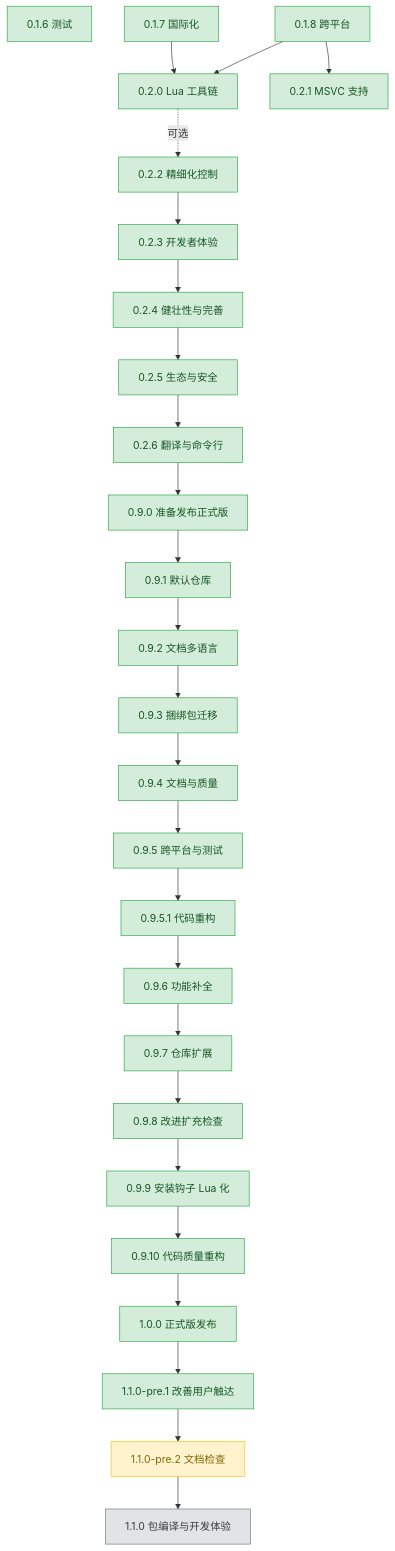
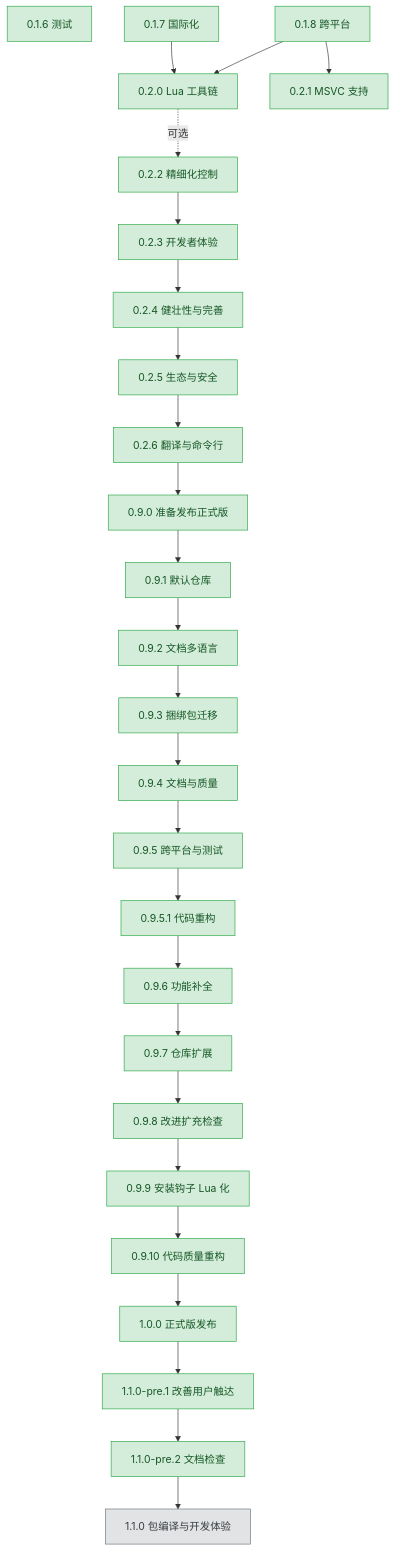
Before and after one commit to 3667808244/EazyMake: the diagram in plans/README.md, drawn with Mermaid. The commit also changed other lines of this file and 26 other files, not shown here.

````diff
--- a/plans/README.md
+++ b/plans/README.md
@@ -88,62 +89,61 @@
 ```mermaid
 graph TD
     v016["0.1.6 测试"]
     v017["0.1.7 国际化"]
     v018["0.1.8 跨平台"]
     v020["0.2.0 Lua 工具链"]
     v021["0.2.1 MSVC 支持"]
     v022["0.2.2 精细化控制"]
     v023["0.2.3 开发者体验"]
     v024["0.2.4 健壮性与完善"]
     v025["0.2.5 生态与安全"]
     v026["0.2.6 翻译与命令行"]
     v090["0.9.0 准备发布正式版"]
     v091["0.9.1 默认仓库"]
     v092["0.9.2 文档多语言"]
     v093["0.9.3 捆绑包迁移"]
     v094["0.9.4 文档与质量"]
     v095["0.9.5 跨平台与测试"]
     v0951["0.9.5.1 代码重构"]
     v096["0.9.6 功能补全"]
     v097["0.9.7 仓库扩展"]
     v098["0.9.8 改进扩充检查"]
     v099["0.9.9 安装钩子 Lua 化"]
     v0910["0.9.10 代码质量重构"]
     v100["1.0.0 正式版发布"]
     v110pre1["1.1.0-pre.1 改善用户触达"]
     v110pre2["1.1.0-pre.2 文档检查"]
     v110["1.1.0 包编译与开发体验"]
 
     v018 --> v021
     v017 --> v020
     v018 --> v020
     v020 -.可选.-> v022
     v022 --> v023
     v023 --> v024
     v024 --> v025
     v025 --> v026
     v026 --> v090
     v090 --> v091
     v091 --> v092
     v092 --> v093
     v093 --> v094
     v094 --> v095
     v095 --> v0951
     v0951 --> v096
     v096 --> v097
     v097 --> v098
     v098 --> v099
     v099 --> v0910
     v0910 --> v100
     v100 --> v110pre1
     v110pre1 --> v110pre2
     v110pre2 --> v110
 
     classDef done fill:#d4edda,stroke:#28a745,color:#155724;
     classDef active fill:#fff3cd,stroke:#ffc107,color:#856404;
     classDef todo fill:#e2e3e5,stroke:#6c757d,color:#383d41;
 
-    class v016,v017,v018,v020,v021,v022,v023,v024,v025,v026,v090,v091,v092,v093,v094,v095,v0951,v096,v097,v098,v099,v0910,v100,v110pre1 done;
-    class v110pre2 active;
+    class v016,v017,v018,v020,v021,v022,v023,v024,v025,v026,v090,v091,v092,v093,v094,v095,v0951,v096,v097,v098,v099,v0910,v100,v110pre1,v110pre2 done;
     class v110 todo;
 ```
````
